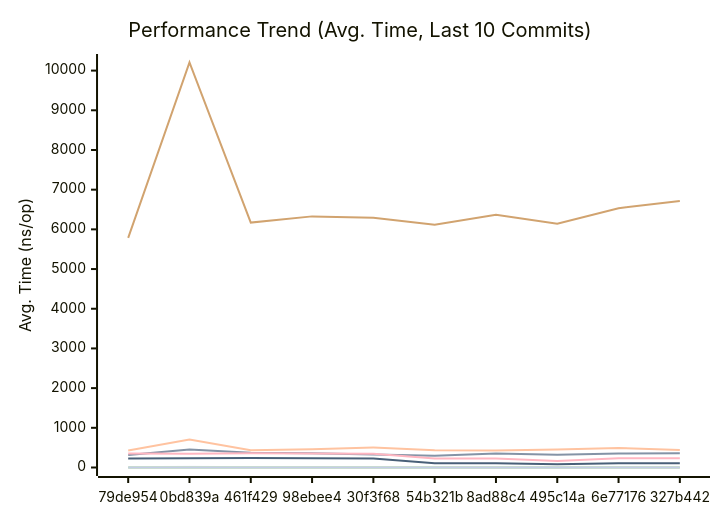
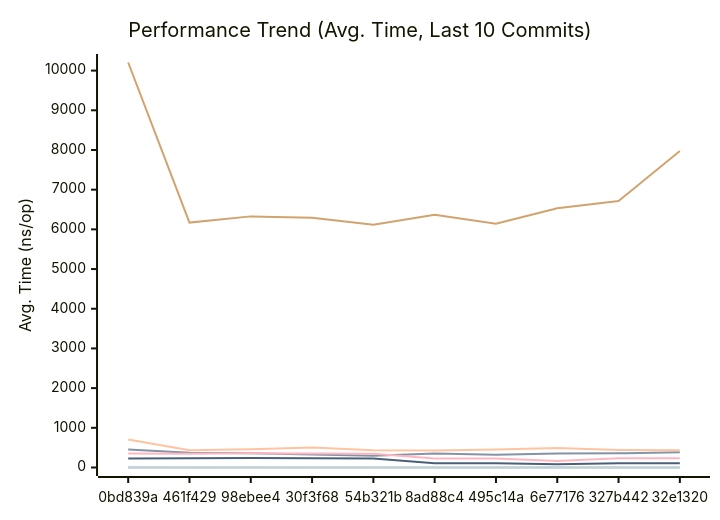
The first of 3 diagrams in docs/PERFORMANCE.md (alsotoes/momo), drawn with Mermaid before and after one commit. The commit also changed other lines of this file and 2 other files, not shown here.

````diff
--- a/docs/PERFORMANCE.md
+++ b/docs/PERFORMANCE.md
@@ -120,16 +120,16 @@
 ```mermaid
 xychart-beta
     title "Performance Trend (Avg. Time, Last 10 Commits)"
     x-axis "Commit"
     y-axis "Avg. Time (ns/op)"
-    x-axis [79de954,0bd839a,461f429,98ebee4,30f3f68,54b321b,8ad88c4,495c14a,6e77176,327b442]
-    line "CheckMetricsAndSwap" [8,18,9,10,8,9,9,8,10,9]
-    line "CrushOptimized" [314,456,371,361,325,299,354,319,351,357]
-    line "CrushOriginal" [431,705,437,457,505,436,427,453,491,441]
+    x-axis [0bd839a,461f429,98ebee4,30f3f68,54b321b,8ad88c4,495c14a,6e77176,327b442,32e1320]
+    line "CheckMetricsAndSwap" [18,9,10,8,9,9,8,10,9,8]
+    line "CrushOptimized" [456,371,361,325,299,354,319,351,357,386]
+    line "CrushOriginal" [705,437,457,505,436,427,453,491,441,433]
     line "IndexDirectTracking" [0,0,0,0,0,0,0,0,0,0]
     line "IndexSearch" [3,3,3,3,3,3,3,3,3,3]
-    line "LoadGlobalConfig" [5787,10204,6171,6327,6294,6114,6368,6141,6534,6713]
-    line "PadString" [2,2,2,2,3,2,2,2,2,3]
+    line "LoadGlobalConfig" [10204,6171,6327,6294,6114,6368,6141,6534,6713,7976]
+    line "PadString" [2,2,2,3,2,2,2,2,3,2]
     line "ParseReplicationOrder_NoPrealloc" [350,349,357,354,345,225,229,165,232,234]
     line "ParseReplicationOrder_Prealloc" [229,231,237,234,229,108,107,80,110,109]
 ```
````
